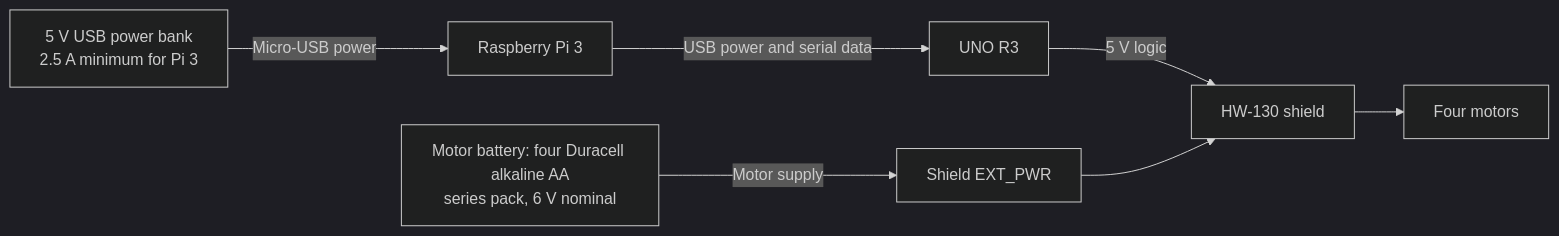
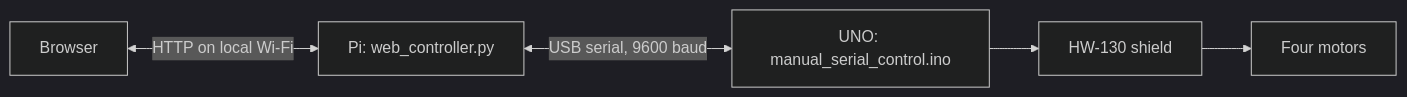
Before and after one commit to SoheilSamadi-dev/RobotCar-EdgeAI: the diagram in docs/ARCHITECTURE.md, drawn with Mermaid (dark theme). The commit also changed other lines of this file and 18 other files, not shown here.

````diff
--- a/docs/ARCHITECTURE.md
+++ b/docs/ARCHITECTURE.md
@@ -43,9 +7,7 @@
 ```mermaid
 flowchart LR
-    BANK[5 V USB power bank<br/>2.5 A minimum for Pi 3] -->|Micro-USB power| PI[Raspberry Pi 3]
-    PI -->|USB power and serial data| UNO[UNO R3]
-    MOTORBAT[Motor battery: four Duracell alkaline AA<br/>series pack, 6 V nominal] -->|Motor supply| EXT[Shield EXT_PWR]
-    UNO -->|5 V logic| SHIELD[HW-130 shield]
-    EXT --> SHIELD
-    SHIELD --> MOTORS[Four motors]
+    B[Browser] <-->|HTTP on local Wi-Fi| P[Pi: web_controller.py]
+    P <-->|USB serial, 9600 baud| U[UNO: manual_serial_control.ino]
+    U --> S[HW-130 shield]
+    S --> M[Four motors]
 ```
````
